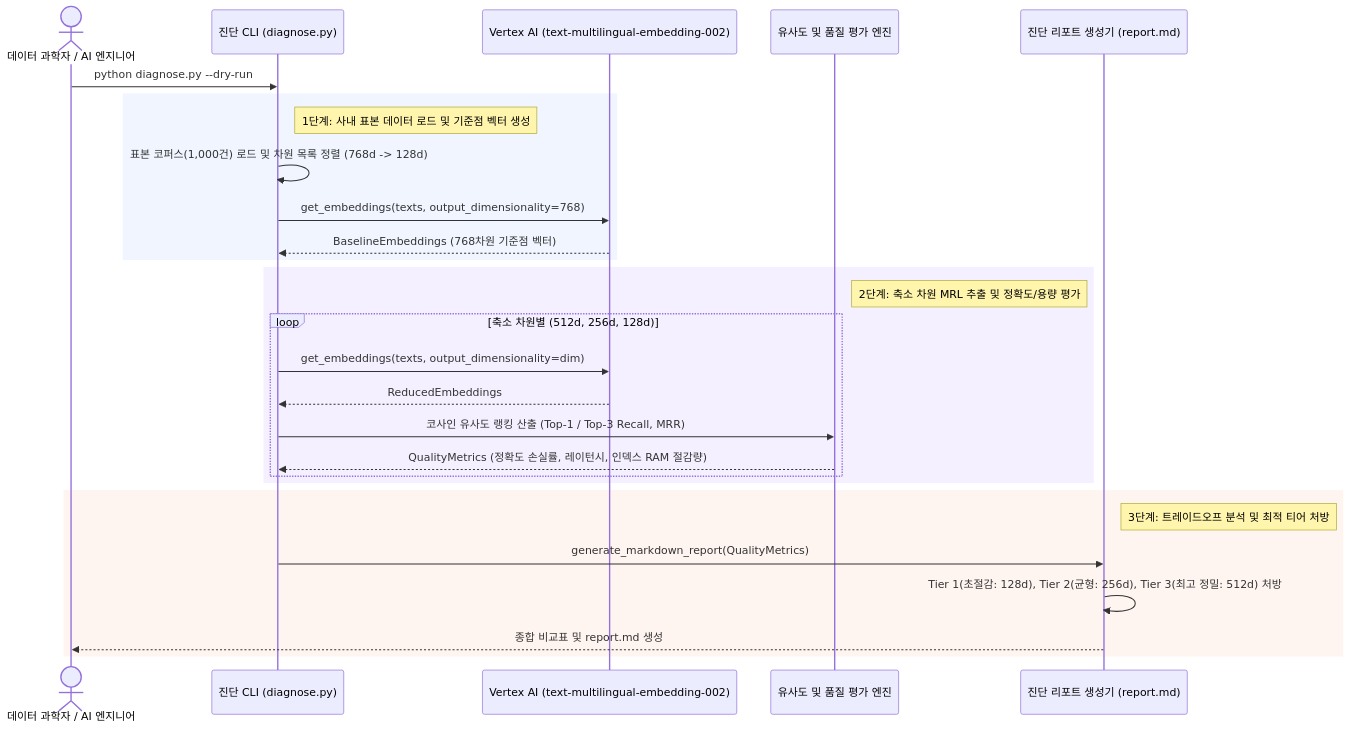
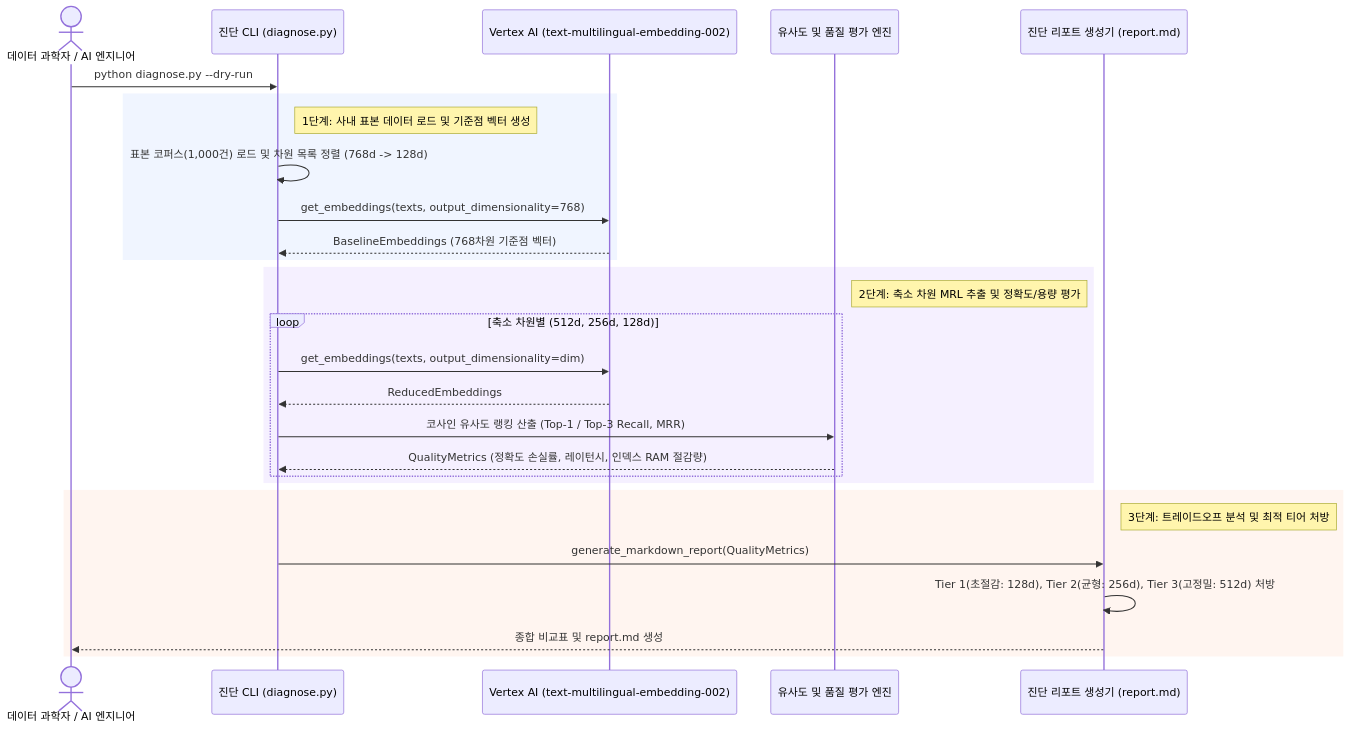
Before and after one commit to jiangjun-forge/google-cloud-0-to-1: the diagram in samples/embedding-dimension-tradeoff-analyzer/docs/TDD.md, drawn with Mermaid. The commit also changed other lines of this file and 55 other files, not shown here.

````diff
--- a/samples/embedding-dimension-tradeoff-analyzer/docs/TDD.md
+++ b/samples/embedding-dimension-tradeoff-analyzer/docs/TDD.md
@@ -19,34 +19,34 @@
 ```mermaid
 sequenceDiagram
     actor DS as 데이터 과학자 / AI 엔지니어
     participant CLI as 진단 CLI (diagnose.py)
     participant Model as Vertex AI (text-multilingual-embedding-002)
     participant Evaluator as 유사도 및 품질 평가 엔진
     participant Report as 진단 리포트 생성기 (report.md)
 
     DS->>CLI: python diagnose.py --dry-run
     
     rect rgb(240, 245, 255)
     note right of CLI: 1단계: 사내 표본 데이터 로드 및 기준점 벡터 생성
     CLI->>CLI: 표본 코퍼스(1,000건) 로드 및 차원 목록 정렬 (768d -> 128d)
     CLI->>Model: get_embeddings(texts, output_dimensionality=768)
     Model-->>CLI: BaselineEmbeddings (768차원 기준점 벡터)
     end
 
     rect rgb(245, 240, 255)
     note right of Evaluator: 2단계: 축소 차원 MRL 추출 및 정확도/용량 평가
     loop 축소 차원별 (512d, 256d, 128d)
         CLI->>Model: get_embeddings(texts, output_dimensionality=dim)
         Model-->>CLI: ReducedEmbeddings
         CLI->>Evaluator: 코사인 유사도 랭킹 산출 (Top-1 / Top-3 Recall, MRR)
         Evaluator-->>CLI: QualityMetrics (정확도 손실률, 레이턴시, 인덱스 RAM 절감량)
     end
     end
 
     rect rgb(255, 245, 240)
     note right of Report: 3단계: 트레이드오프 분석 및 최적 티어 처방
     CLI->>Report: generate_markdown_report(QualityMetrics)
-    Report->>Report: Tier 1(초절감: 128d), Tier 2(균형: 256d), Tier 3(최고 정밀: 512d) 처방
+    Report->>Report: Tier 1(초절감: 128d), Tier 2(균형: 256d), Tier 3(고정밀: 512d) 처방
     Report-->>DS: 종합 비교표 및 report.md 생성
     end
 ```
````
